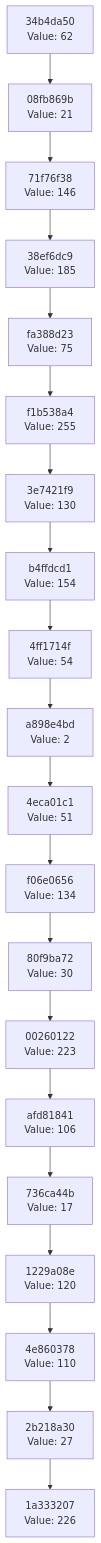
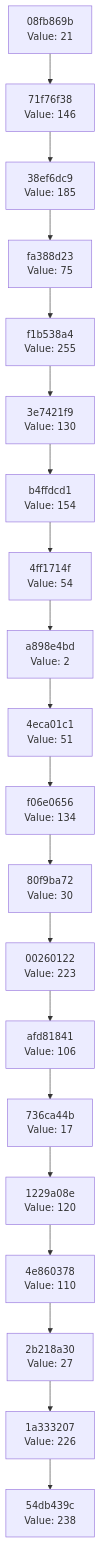
The diagram in docs/CHAIN_VISUALIZATION.md (Abhisheksinha1506/hash-chain-evolver), drawn with Mermaid before and after one commit. The commit also changed 3 other files, not shown here.

````diff
--- a/docs/CHAIN_VISUALIZATION.md
+++ b/docs/CHAIN_VISUALIZATION.md
@@ -3,42 +3,42 @@
 ```mermaid
 graph TD
-    C0["1a333207<br/>Value: 226"]
-    C1["2b218a30<br/>Value: 27"]
+    C0["54db439c<br/>Value: 238"]
+    C1["1a333207<br/>Value: 226"]
     C1 --> C0
-    C2["4e860378<br/>Value: 110"]
+    C2["2b218a30<br/>Value: 27"]
     C2 --> C1
-    C3["1229a08e<br/>Value: 120"]
+    C3["4e860378<br/>Value: 110"]
     C3 --> C2
-    C4["736ca44b<br/>Value: 17"]
+    C4["1229a08e<br/>Value: 120"]
     C4 --> C3
-    C5["afd81841<br/>Value: 106"]
+    C5["736ca44b<br/>Value: 17"]
     C5 --> C4
-    C6["00260122<br/>Value: 223"]
+    C6["afd81841<br/>Value: 106"]
     C6 --> C5
-    C7["80f9ba72<br/>Value: 30"]
+    C7["00260122<br/>Value: 223"]
     C7 --> C6
-    C8["f06e0656<br/>Value: 134"]
+    C8["80f9ba72<br/>Value: 30"]
     C8 --> C7
-    C9["4eca01c1<br/>Value: 51"]
+    C9["f06e0656<br/>Value: 134"]
     C9 --> C8
-    C10["a898e4bd<br/>Value: 2"]
+    C10["4eca01c1<br/>Value: 51"]
     C10 --> C9
-    C11["4ff1714f<br/>Value: 54"]
+    C11["a898e4bd<br/>Value: 2"]
     C11 --> C10
-    C12["b4ffdcd1<br/>Value: 154"]
+    C12["4ff1714f<br/>Value: 54"]
     C12 --> C11
-    C13["3e7421f9<br/>Value: 130"]
+    C13["b4ffdcd1<br/>Value: 154"]
     C13 --> C12
-    C14["f1b538a4<br/>Value: 255"]
+    C14["3e7421f9<br/>Value: 130"]
     C14 --> C13
-    C15["fa388d23<br/>Value: 75"]
+    C15["f1b538a4<br/>Value: 255"]
     C15 --> C14
-    C16["38ef6dc9<br/>Value: 185"]
+    C16["fa388d23<br/>Value: 75"]
     C16 --> C15
-    C17["71f76f38<br/>Value: 146"]
+    C17["38ef6dc9<br/>Value: 185"]
     C17 --> C16
-    C18["08fb869b<br/>Value: 21"]
+    C18["71f76f38<br/>Value: 146"]
     C18 --> C17
-    C19["34b4da50<br/>Value: 62"]
+    C19["08fb869b<br/>Value: 21"]
     C19 --> C18
 ```
````
